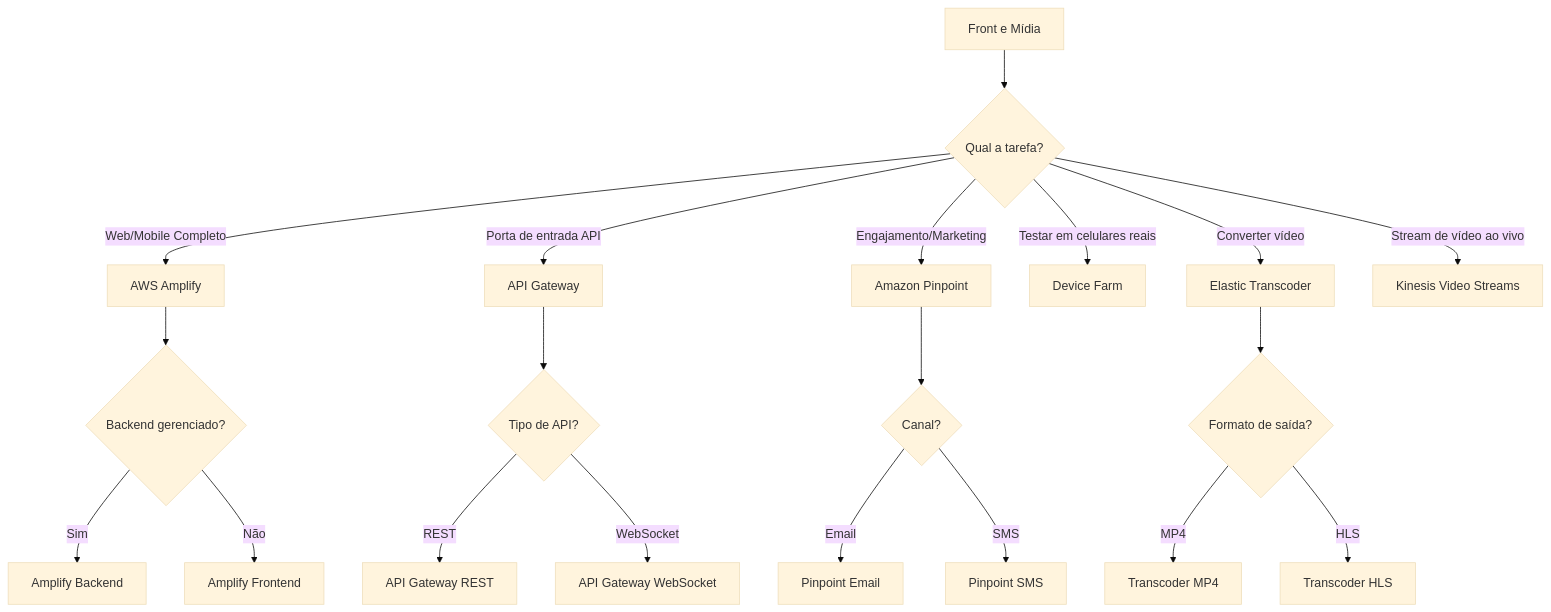
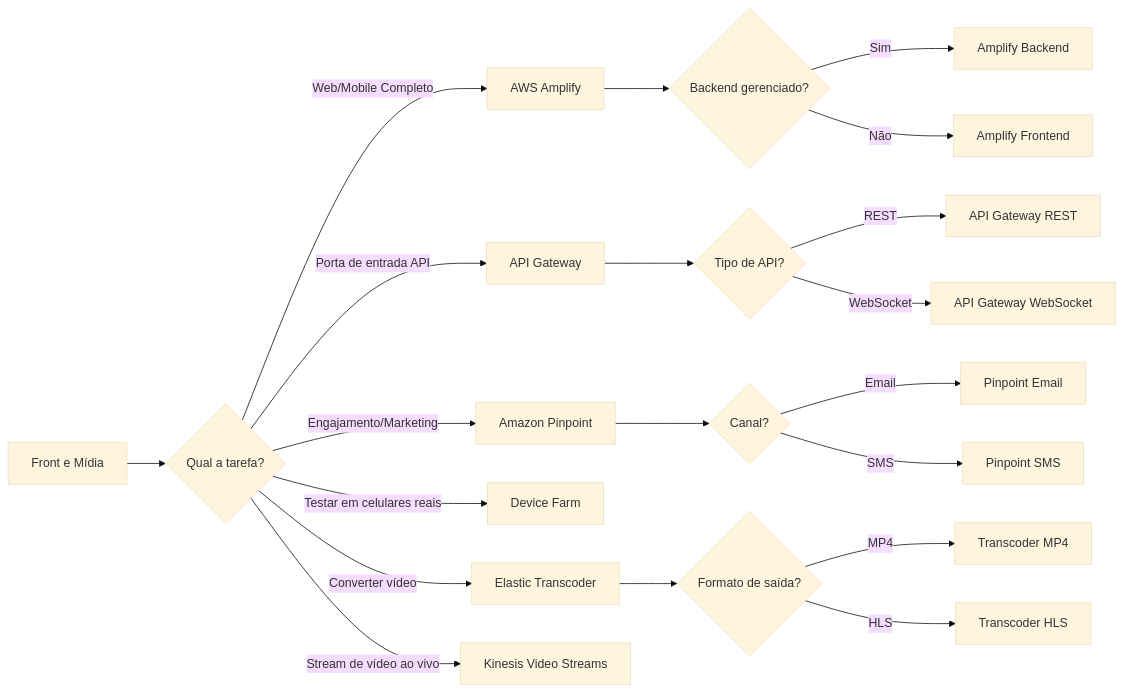
Before and after one commit to marcelooliveira/flashcards-aws: the sixth of 10 diagrams in FlashCards/Web/wwwroot/minimal/decision-trees-aws-services.md, drawn with Mermaid (base theme). The commit also changed other lines of this file, not shown here.

First line of the commit message:
Update Mermaid diagrams to use left-to-right layout

````diff
--- a/FlashCards/Web/wwwroot/minimal/decision-trees-aws-services.md
+++ b/FlashCards/Web/wwwroot/minimal/decision-trees-aws-services.md
@@ -160,22 +160,22 @@
 ```mermaid
-graph TD
+graph LR
     A[Front e Mídia] --> B{Qual a tarefa?}
     B -- Web/Mobile Completo --> C[AWS Amplify]
     C --> C1{Backend gerenciado?}
     C1 -- Sim --> C2[Amplify Backend]
     C1 -- Não --> C3[Amplify Frontend]
     B -- Porta de entrada API --> D[API Gateway]
     D --> D1{Tipo de API?}
     D1 -- REST --> D2[API Gateway REST]
     D1 -- WebSocket --> D3[API Gateway WebSocket]
     B -- Engajamento/Marketing --> E[Amazon Pinpoint]
     E --> E1{Canal?}
     E1 -- Email --> E2[Pinpoint Email]
     E1 -- SMS --> E3[Pinpoint SMS]
     B -- Testar em celulares reais --> F[Device Farm]
     B -- Converter vídeo --> G[Elastic Transcoder]
     G --> G1{Formato de saída?}
     G1 -- MP4 --> G2[Transcoder MP4]
     G1 -- HLS --> G3[Transcoder HLS]
     B -- Stream de vídeo ao vivo --> H[Kinesis Video Streams]
 ```
````
